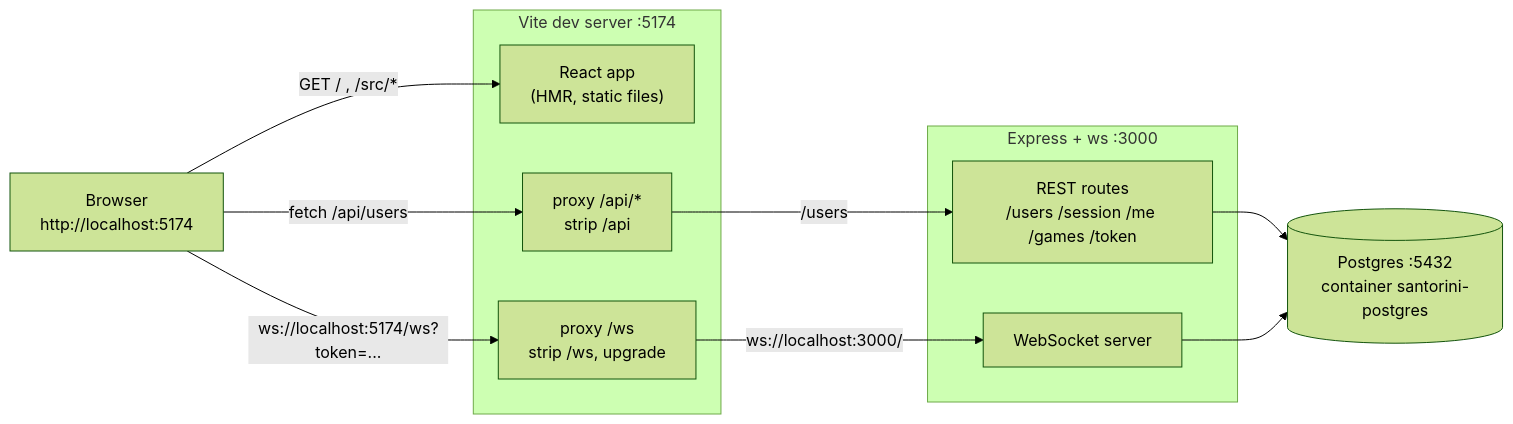
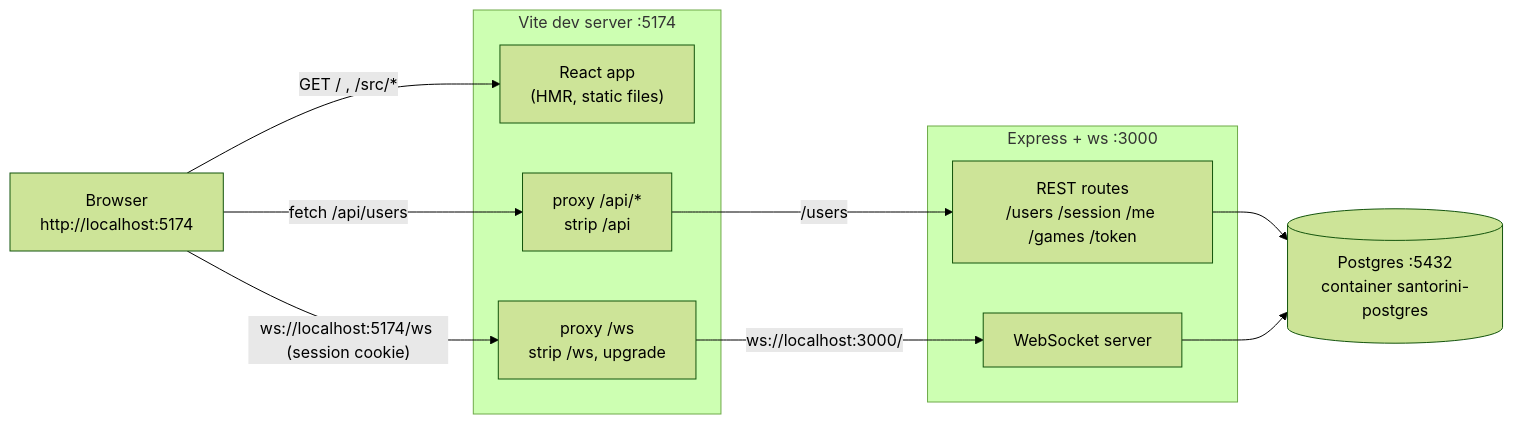
Before and after one commit to neves-nvs/santorini: the first of 2 diagrams in docs/dev-networking.md, drawn with Mermaid (forest theme). The commit also changed other lines of this file and 6 other files, not shown here.

Commit message:
fix: authenticate the WebSocket with the session cookie only (S1-9)

````diff
--- a/docs/dev-networking.md
+++ b/docs/dev-networking.md
@@ -5,25 +5,25 @@
 ```mermaid
 flowchart LR
     Browser["Browser<br/>http://localhost:5174"]
 
     subgraph Vite["Vite dev server :5174"]
         Static["React app<br/>(HMR, static files)"]
         ApiProxy["proxy /api/*<br/>strip /api"]
         WsProxy["proxy /ws<br/>strip /ws, upgrade"]
     end
 
     subgraph Server["Express + ws :3000"]
         Rest["REST routes<br/>/users /session /me /games /token"]
         Ws["WebSocket server"]
     end
 
     DB[("Postgres :5432<br/>container santorini-postgres")]
 
     Browser -- "GET / , /src/*" --> Static
     Browser -- "fetch /api/users" --> ApiProxy
-    Browser -- "ws://localhost:5174/ws?token=..." --> WsProxy
+    Browser -- "ws://localhost:5174/ws (session cookie)" --> WsProxy
     ApiProxy -- "/users" --> Rest
     WsProxy -- "ws://localhost:3000/" --> Ws
     Rest --> DB
     Ws --> DB
 ```
````
